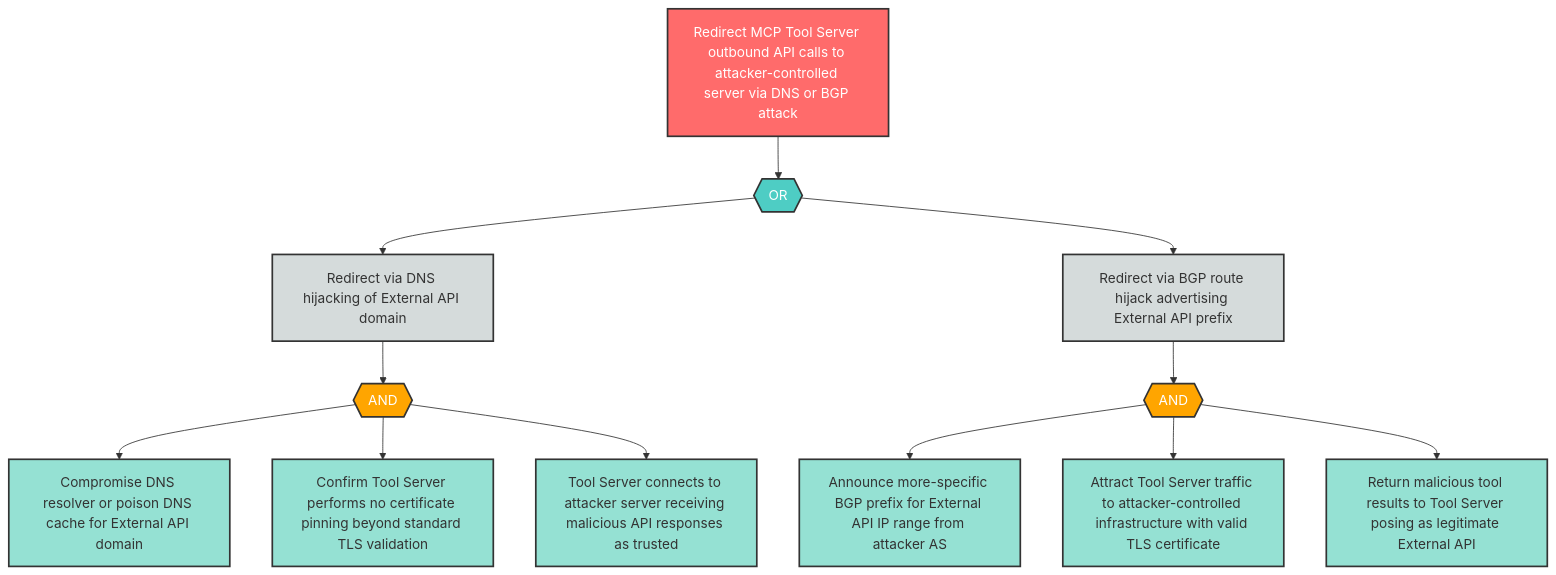
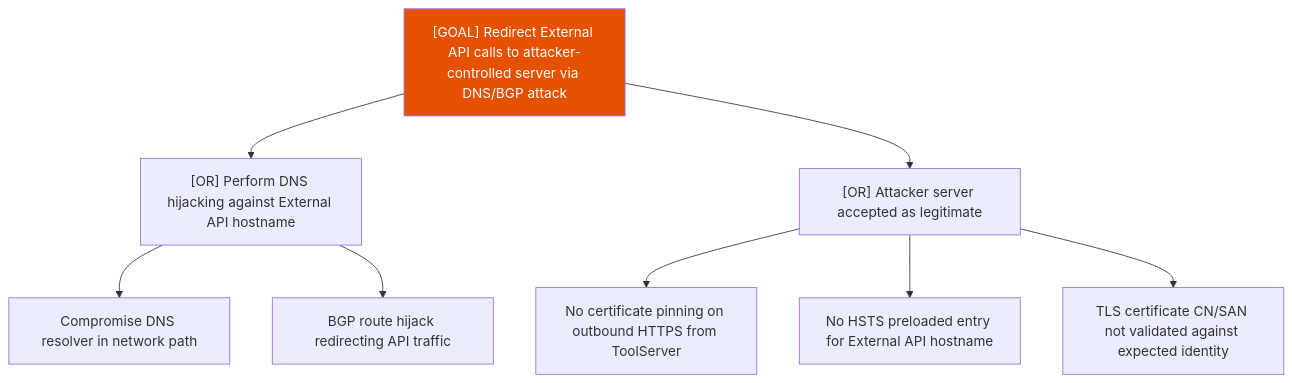
The diagram in examples/agentic-app/sample-report/attack-trees/s-8-attack-tree.md (q-qp-p/davidmatousek-tachi), drawn with Mermaid before and after one commit. The commit also changed other lines of this file and 132 other files, not shown here.

````diff
--- a/examples/agentic-app/sample-report/attack-trees/s-8-attack-tree.md
+++ b/examples/agentic-app/sample-report/attack-trees/s-8-attack-tree.md
@@ -8,39 +7,13 @@
 ```mermaid
-flowchart TD
-    S8_root["Redirect MCP Tool Server outbound API calls to attacker-controlled server via DNS or BGP attack"]
-    S8_or1{{"OR"}}
-    S8_sub1["Redirect via DNS hijacking of External API domain"]
-    S8_sub2["Redirect via BGP route hijack advertising External API prefix"]
-    S8_and1{{"AND"}}
-    S8_leaf1["Compromise DNS resolver or poison DNS cache for External API domain"]
-    S8_leaf2["Confirm Tool Server performs no certificate pinning beyond standard TLS validation"]
-    S8_leaf3["Tool Server connects to attacker server receiving malicious API responses as trusted"]
-    S8_and2{{"AND"}}
-    S8_leaf4["Announce more-specific BGP prefix for External API IP range from attacker AS"]
-    S8_leaf5["Attract Tool Server traffic to attacker-controlled infrastructure with valid TLS certificate"]
-    S8_leaf6["Return malicious tool results to Tool Server posing as legitimate External API"]
-
-    S8_root --> S8_or1
-    S8_or1 --> S8_sub1
-    S8_or1 --> S8_sub2
-    S8_sub1 --> S8_and1
-    S8_and1 --> S8_leaf1
-    S8_and1 --> S8_leaf2
-    S8_and1 --> S8_leaf3
-    S8_sub2 --> S8_and2
-    S8_and2 --> S8_leaf4
-    S8_and2 --> S8_leaf5
-    S8_and2 --> S8_leaf6
-
-    classDef goal fill:#ff6b6b,stroke:#333,stroke-width:2px,color:#fff
-    classDef andGate fill:#ffa500,stroke:#333,stroke-width:2px,color:#fff
-    classDef orGate fill:#4ecdc4,stroke:#333,stroke-width:2px,color:#fff
-    classDef subGoal fill:#d5dbdb,stroke:#333,stroke-width:2px,color:#333
-    classDef leaf fill:#95e1d3,stroke:#333,stroke-width:2px,color:#333
-
-    class S8_root goal
-    class S8_or1 orGate
-    class S8_and1,S8_and2 andGate
-    class S8_sub1,S8_sub2 subGoal
-    class S8_leaf1,S8_leaf2,S8_leaf3,S8_leaf4,S8_leaf5,S8_leaf6 leaf
+graph TD
+    Goal["[GOAL] Redirect External API calls to attacker-controlled server via DNS/BGP attack"]
+    Goal --> A["[OR] Perform DNS hijacking against External API hostname"]
+    A --> A1["Compromise DNS resolver in network path"]
+    A --> A2["BGP route hijack redirecting API traffic"]
+    Goal --> B["[OR] Attacker server accepted as legitimate"]
+    B --> B1["No certificate pinning on outbound HTTPS from ToolServer"]
+    B --> B2["No HSTS preloaded entry for External API hostname"]
+    B --> B3["TLS certificate CN/SAN not validated against expected identity"]
+    classDef high fill:#e65100,color:#fff
+    class Goal high
 ```
````
